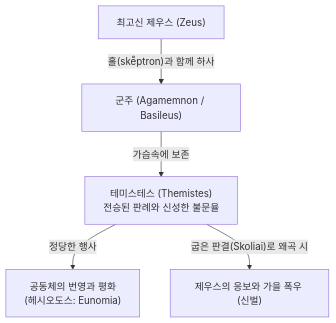
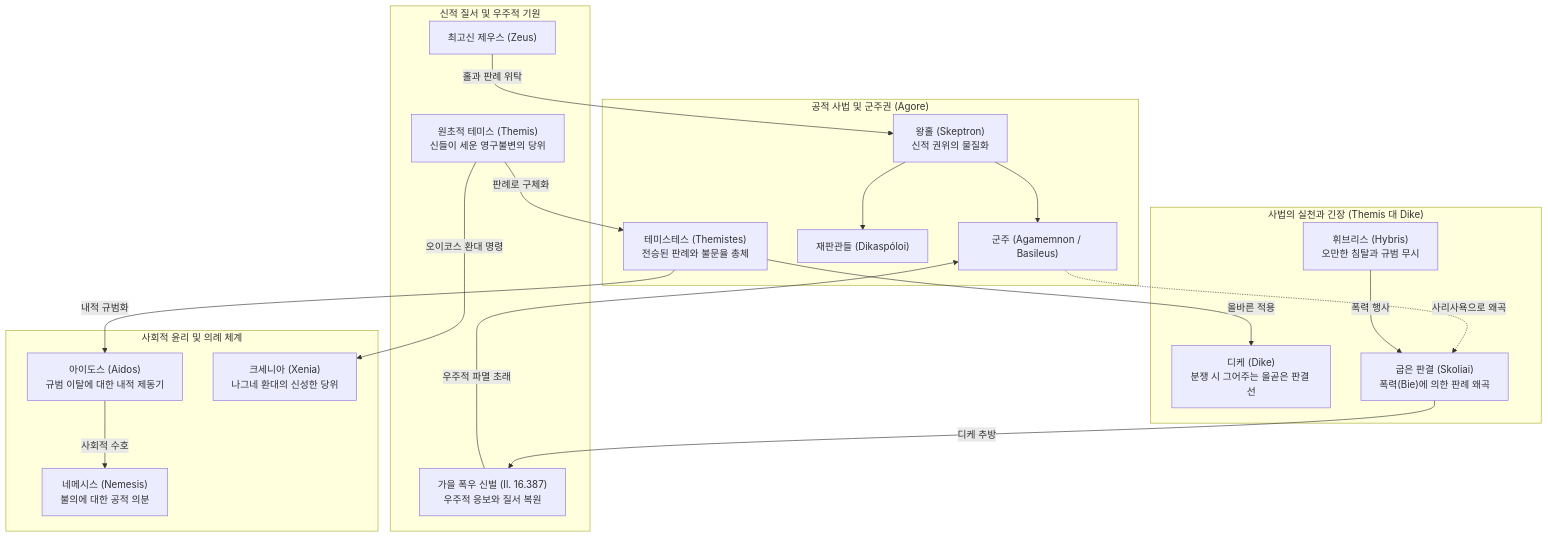
One commit to YgHnSIM/Homer_wiki changed the diagram in wiki/concepts/concept-themis.md. Above: the diagram before and after it, drawn with Mermaid. The commit also changed other lines of this file and 20 other files, not shown here.

````diff
--- a/wiki/concepts/concept-themis.md
+++ b/wiki/concepts/concept-themis.md
@@ -84,8 +169,43 @@
 ```mermaid
 graph TD
-    Zeus["최고신 제우스 (Zeus)"] -->|"홀(skē̂ptron)과 함께 하사"| King["군주 (Agamemnon / Basileus)"]
-    King -->|"가슴속에 보존"| Themistes["테미스테스 (Themistes)<br/>전승된 판례와 신성한 불문율"]
+    subgraph Divine_Foundations["신적 질서 및 우주적 기원"]
+        Zeus["최고신 제우스 (Zeus)"]
+        DivineThemis["원초적 테미스 (Themis)<br/>신들이 세운 영구불변의 당위"]
+        Wrath["가을 폭우 신벌 (Il. 16.387)<br/>우주적 응보와 질서 복원"]
+    end
+
+    subgraph Political_Authority["공적 사법 및 군주권 (Agore)"]
+        Skeptron["왕홀 (Skeptron)<br/>신적 권위의 물질화"]
+        King["군주 (Agamemnon / Basileus)"]
+        Dikaspóloi["재판관들 (Dikaspóloi)"]
+        Themistes["테미스테스 (Themistes)<br/>전승된 판례와 불문율 총체"]
+    end
+
+    subgraph Legal_Dialectic["사법의 실천과 긴장 (Themis 대 Dike)"]
+        Dike["디케 (Dike)<br/>분쟁 시 그어주는 올곧은 판결 선"]
+        Skoliai["굽은 판결 (Skoliai)<br/>폭력(Bie)에 의한 판례 왜곡"]
+        Hybris["휘브리스 (Hybris)<br/>오만한 침탈과 규범 무시"]
+    end
+
+    subgraph Moral_Institutions["사회적 윤리 및 의례 체계"]
+        Aidos["아이도스 (Aidos)<br/>규범 이탈에 대한 내적 제동기"]
+        Nemesis["네메시스 (Nemesis)<br/>불의에 대한 공적 의분"]
+        Xenia["크세니아 (Xenia)<br/>나그네 환대의 신성한 당위"]
+    end
+
+    Zeus -->|"홀과 판례 위탁"| Skeptron
+    Skeptron --> King
+    Skeptron --> Dikaspóloi
     
-    Themistes -->|"정당한 행사"| Order["공동체의 번영과 평화<br/>(헤시오도스: Eunomia)"]
-    Themistes -->|"굽은 판결(Skoliai)로 왜곡 시"| Wrath["제우스의 응보와 가을 폭우 (신벌)"]
+    DivineThemis -->|"판례로 구체화"| Themistes
+    Themistes -->|"올바른 적용"| Dike
+    Themistes -->|"내적 규범화"| Aidos
+    Aidos -->|"사회적 수호"| Nemesis
+    
+    DivineThemis -->|"오이코스 환대 명령"| Xenia
+    
+    King -.->|"사리사욕으로 왜곡"| Skoliai
+    Hybris -->|"폭력 행사"| Skoliai
+    Skoliai -->|"디케 추방"| Wrath
+    Wrath -->|"우주적 파멸 초래"| King
 ```
````
